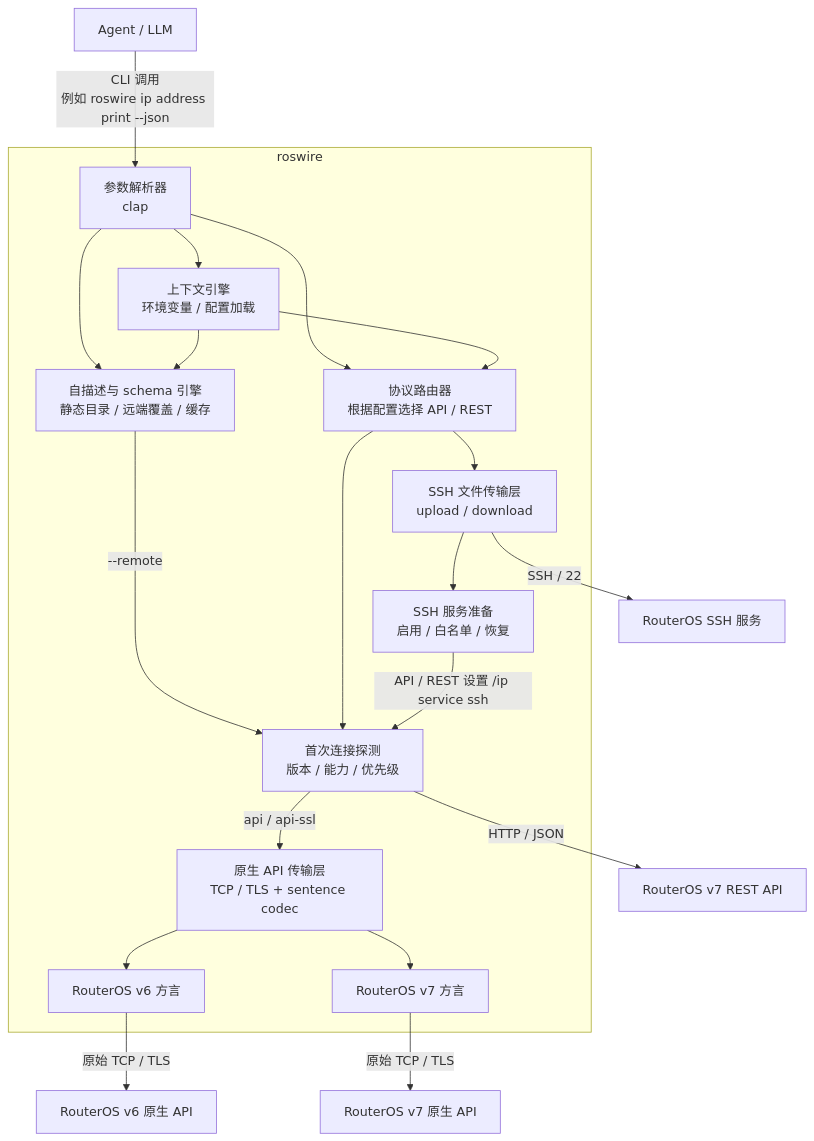
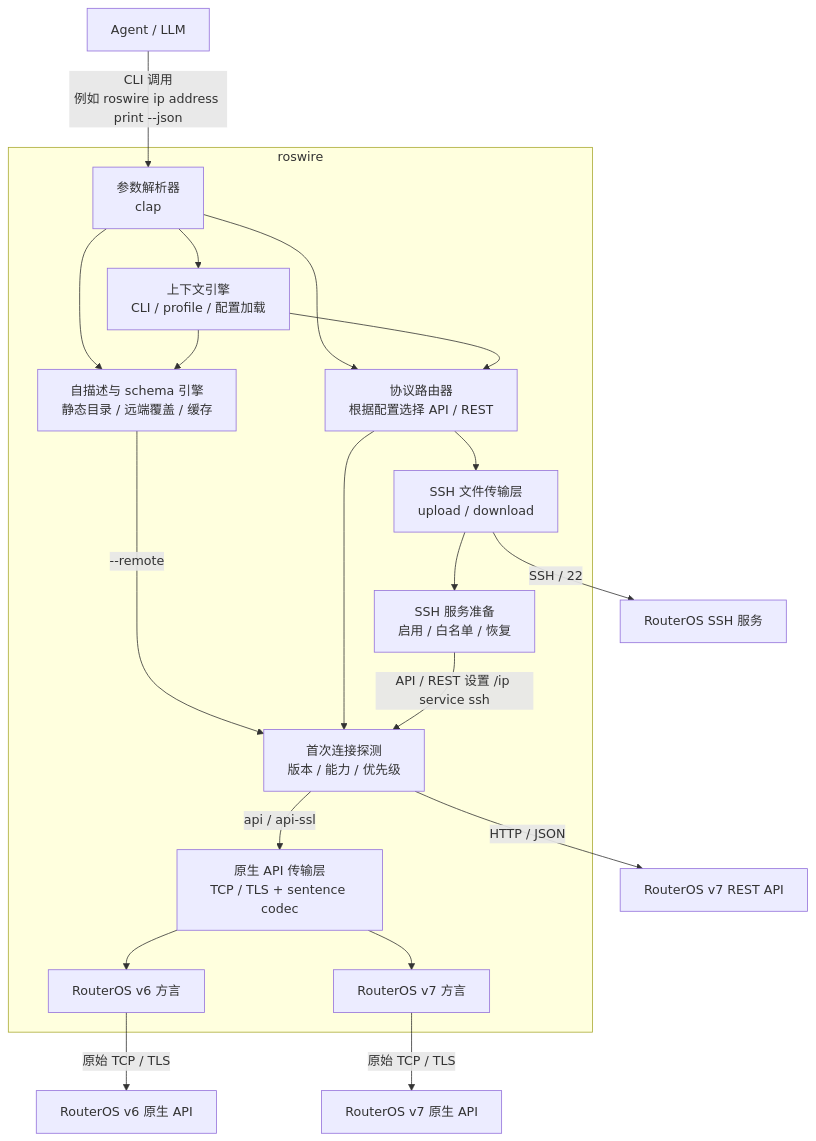
One commit to AS153929/roswire changed the diagram in README.md. Above: the diagram before and after it, drawn with Mermaid. The commit also changed other lines of this file and 17 other files, not shown here.

````diff
--- a/README.md
+++ b/README.md
@@ -243,42 +238,42 @@
 ```mermaid
 flowchart TD
   agent[Agent / LLM]
 
   subgraph roswire[roswire]
     parser[参数解析器<br/>clap]
-    context[上下文引擎<br/>环境变量 / 配置加载]
+    context[上下文引擎<br/>CLI / profile / 配置加载]
     schema[自描述与 schema 引擎<br/>静态目录 / 远端覆盖 / 缓存]
     router[协议路由器<br/>根据配置选择 API / REST]
     discovery[首次连接探测<br/>版本 / 能力 / 优先级]
     classic[原生 API 传输层<br/>TCP / TLS + sentence codec]
     v6[RouterOS v6 方言]
     v7[RouterOS v7 方言]
     transfer[SSH 文件传输层<br/>upload / download]
     sshPrep[SSH 服务准备<br/>启用 / 白名单 / 恢复]
 
     parser --> context
     parser --> schema
     parser --> router
     context --> router
     context --> schema
     schema -->|--remote| discovery
     router --> discovery
     router --> transfer
     discovery -->|api / api-ssl| classic
     classic --> v6
     classic --> v7
     transfer --> sshPrep
   end
 
   legacy6[RouterOS v6 原生 API]
   legacy7[RouterOS v7 原生 API]
   rest[RouterOS v7 REST API]
   ssh[RouterOS SSH 服务]
 
   agent -->|CLI 调用<br/>例如 roswire ip address print --json| parser
   v6 -->|原始 TCP / TLS| legacy6
   v7 -->|原始 TCP / TLS| legacy7
   discovery -->|HTTP / JSON| rest
   sshPrep -->|API / REST 设置 /ip service ssh| discovery
   transfer -->|SSH / 22| ssh
 ```
````
